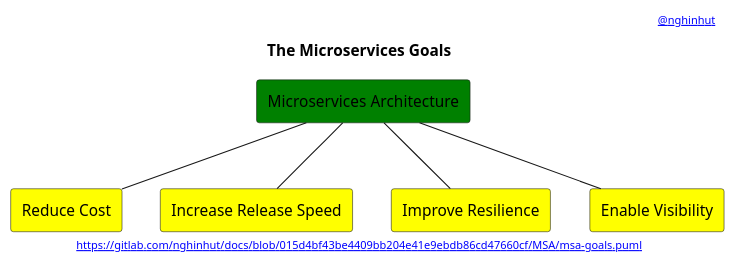
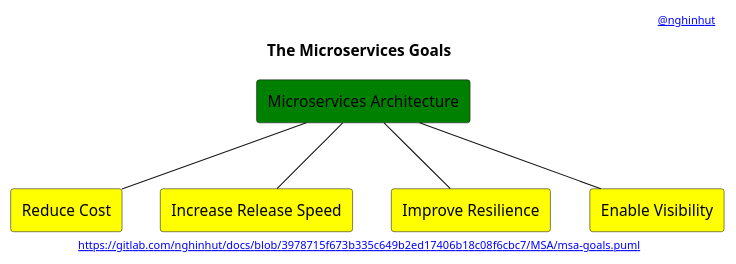
Before and after one commit to nghinhut/docs: the diagram in MSA/msa-goals.puml, drawn with PlantUML. The commit also changed 22 other files, not shown here.

Commit message:
Update diagrams

```diff
--- a/MSA/msa-goals.puml
+++ b/MSA/msa-goals.puml
@@ -1,23 +1,23 @@
 @startuml
 '-----START auto generated metadata please keep comment here to allow auto update-----
 '-----DON'T EDIT THIS SECTION, INSTEAD RE-RUN prebuild.sh TO UPDATE-----
-header [[https://www.nghinhut.dev?from=http%5C%3A%5C%2F%5C%2Fwww%5C.plantuml%5C.com%5C%2Fplantuml%5C%2Fproxy%3Ffmt%3Dsvg%5C%26src%3Dhttps%5C%3A%5C%2F%5C%2Fgitlab%5C.com%5C%2Fnghinhut%5C%2Fdocs%5C%2Fraw%5C%2F015d4bf43be4409bb204e41e9ebdb86cd47660cf%5C%2FMSA%5C%2Fmsa-goals%5C.puml%0A @nghinhut]]
-footer [[http://www.plantuml.com/plantuml/proxy?fmt=svg&src=https://gitlab.com/nghinhut/docs/raw/015d4bf43be4409bb204e41e9ebdb86cd47660cf/MSA/msa-goals.puml https://gitlab.com/nghinhut/docs/blob/015d4bf43be4409bb204e41e9ebdb86cd47660cf/MSA/msa-goals.puml]]
+header [[https://www.nghinhut.dev?from=http%5C%3A%5C%2F%5C%2Fwww%5C.plantuml%5C.com%5C%2Fplantuml%5C%2Fproxy%3Ffmt%3Dsvg%5C%26src%3Dhttps%5C%3A%5C%2F%5C%2Fgitlab%5C.com%5C%2Fnghinhut%5C%2Fdocs%5C%2Fraw%5C%2F3978715f673b335c649b2ed17406b18c08f6cbc7%5C%2FMSA%5C%2Fmsa-goals%5C.puml%0A @nghinhut]]
+footer [[http://www.plantuml.com/plantuml/proxy?fmt=svg&src=https://gitlab.com/nghinhut/docs/raw/3978715f673b335c649b2ed17406b18c08f6cbc7/MSA/msa-goals.puml https://gitlab.com/nghinhut/docs/blob/3978715f673b335c649b2ed17406b18c08f6cbc7/MSA/msa-goals.puml]]
 '-----END auto generated metadata please keep comment here to allow auto update-----
 title The Microservices Goals
 
 rectangle "Microservices Architecture" as msa #green
 
 rectangle "Reduce Cost" as goal1 #yellow
 rectangle "Increase Release Speed" as goal2 #yellow
 rectangle "Improve Resilience" as goal3 #yellow
 rectangle "Enable Visibility" as goal4 #yellow
 
 msa -- goal1
 msa -- goal2
 msa -- goal3
 msa -- goal4
 
 
 
 @enduml
```
